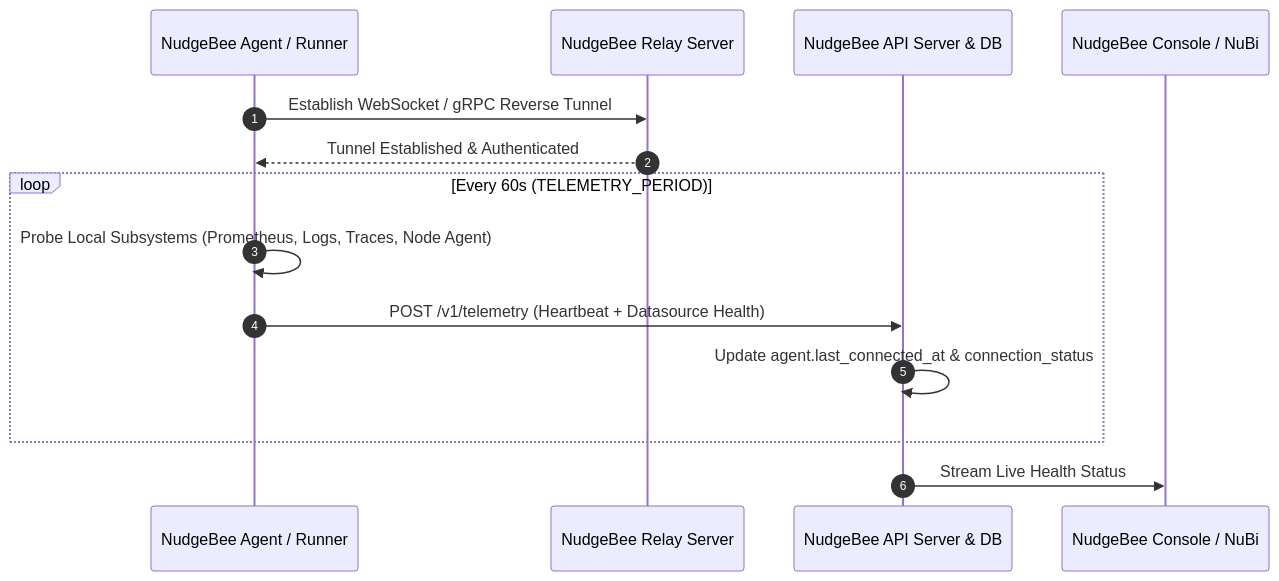
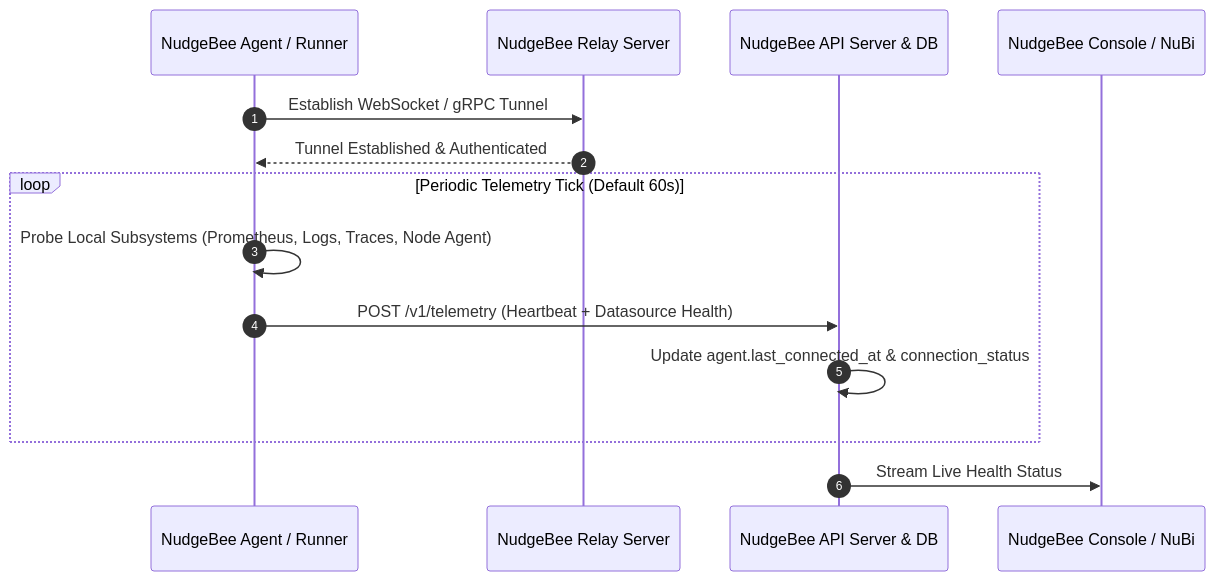
The first of 2 diagrams in doc-server/docs/installation/agent/operate/troubleshoot-agent-connectivity.md (nudgebee/nudgebee-docs), drawn with Mermaid before and after one commit. The commit also changed other lines of this file and 4 other files, not shown here.

````diff
--- a/doc-server/docs/installation/agent/operate/troubleshoot-agent-connectivity.md
+++ b/doc-server/docs/installation/agent/operate/troubleshoot-agent-connectivity.md
@@ -22,17 +22,17 @@
 ```mermaid
 sequenceDiagram
     autonumber
     participant Agent as NudgeBee Agent / Runner
     participant Relay as NudgeBee Relay Server
     participant Backend as NudgeBee API Server & DB
     participant UI as NudgeBee Console / NuBi
 
-    Agent->>Relay: Establish WebSocket / gRPC Reverse Tunnel
+    Agent->>Relay: Establish WebSocket / gRPC Tunnel
     Relay-->>Agent: Tunnel Established & Authenticated
-    loop Every 60s (TELEMETRY_PERIOD)
+    loop Periodic Telemetry Tick (Default 60s)
         Agent->>Agent: Probe Local Subsystems (Prometheus, Logs, Traces, Node Agent)
         Agent->>Backend: POST /v1/telemetry (Heartbeat + Datasource Health)
         Backend->>Backend: Update agent.last_connected_at & connection_status
     end
     Backend->>UI: Stream Live Health Status
 ```
````
